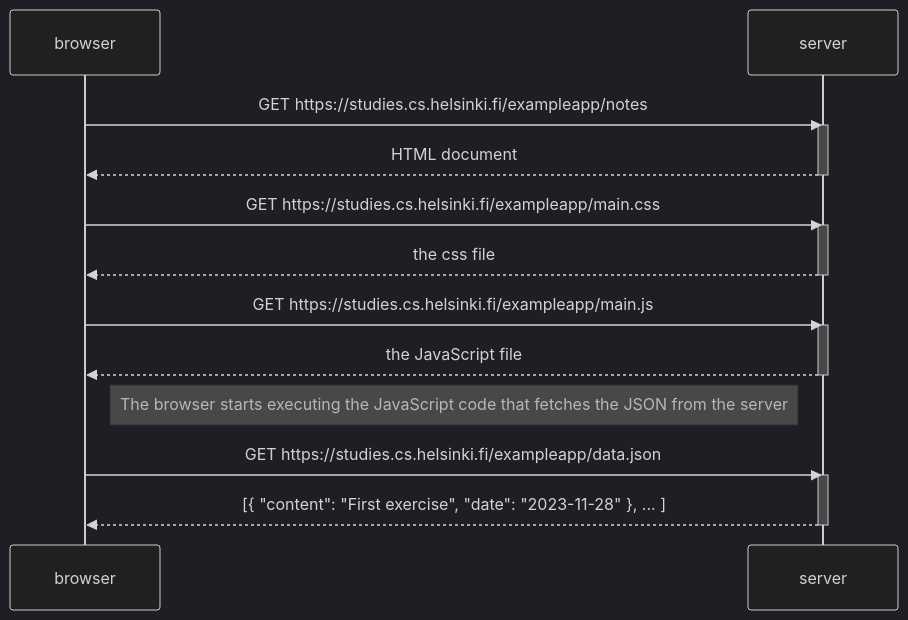
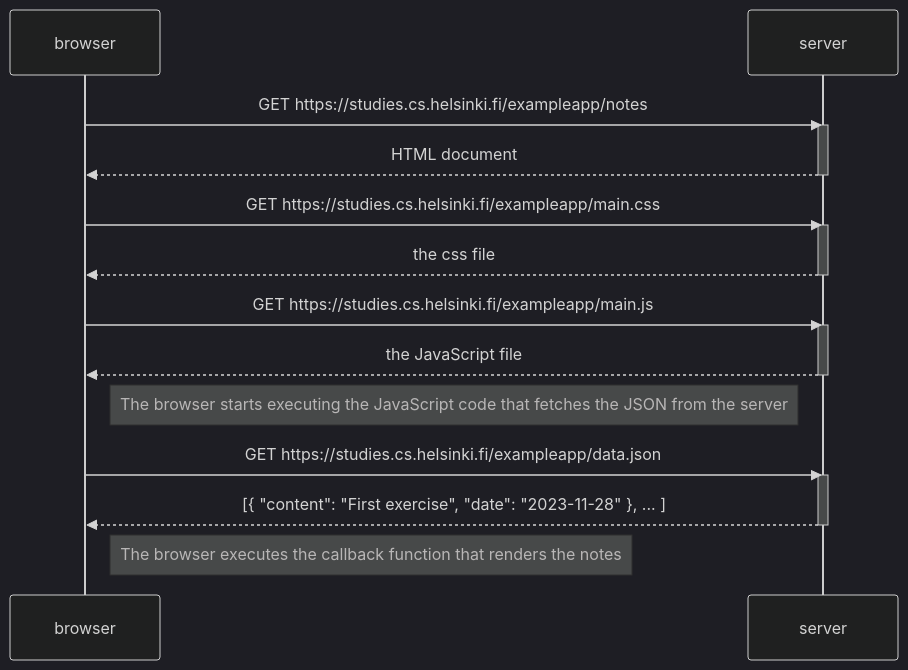
The diagram in 01-sequence-diagram/diagram.md (sc00rpi0/part0), drawn with Mermaid (dark theme) before and after one commit.

Commit message:
added last line

````diff
--- a/01-sequence-diagram/diagram.md
+++ b/01-sequence-diagram/diagram.md
@@ -1,27 +1,30 @@
 ```mermaid
 sequenceDiagram
     participant browser
     participant server
 
     browser->>server: GET https://studies.cs.helsinki.fi/exampleapp/notes
     activate server
     server-->>browser: HTML document
     deactivate server
 
     browser->>server: GET https://studies.cs.helsinki.fi/exampleapp/main.css
     activate server
     server-->>browser: the css file
     deactivate server
 
     browser->>server: GET https://studies.cs.helsinki.fi/exampleapp/main.js
     activate server
     server-->>browser: the JavaScript file
     deactivate server
 
     Note right of browser: The browser starts executing the JavaScript code that fetches the JSON from the server
 
     browser->>server: GET https://studies.cs.helsinki.fi/exampleapp/data.json
     activate server
     server-->>browser: [{ "content": "First exercise", "date": "2023-11-28" }, ... ]
     deactivate server
+
+    Note right of browser: The browser executes the callback function that renders the notes
+
 ```
````
